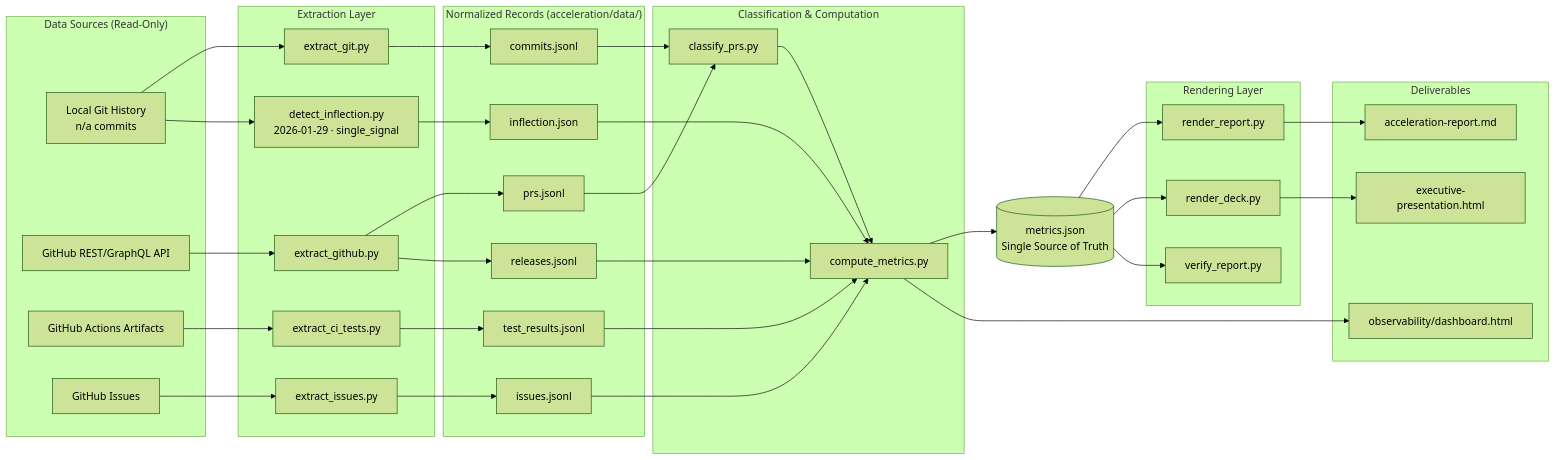
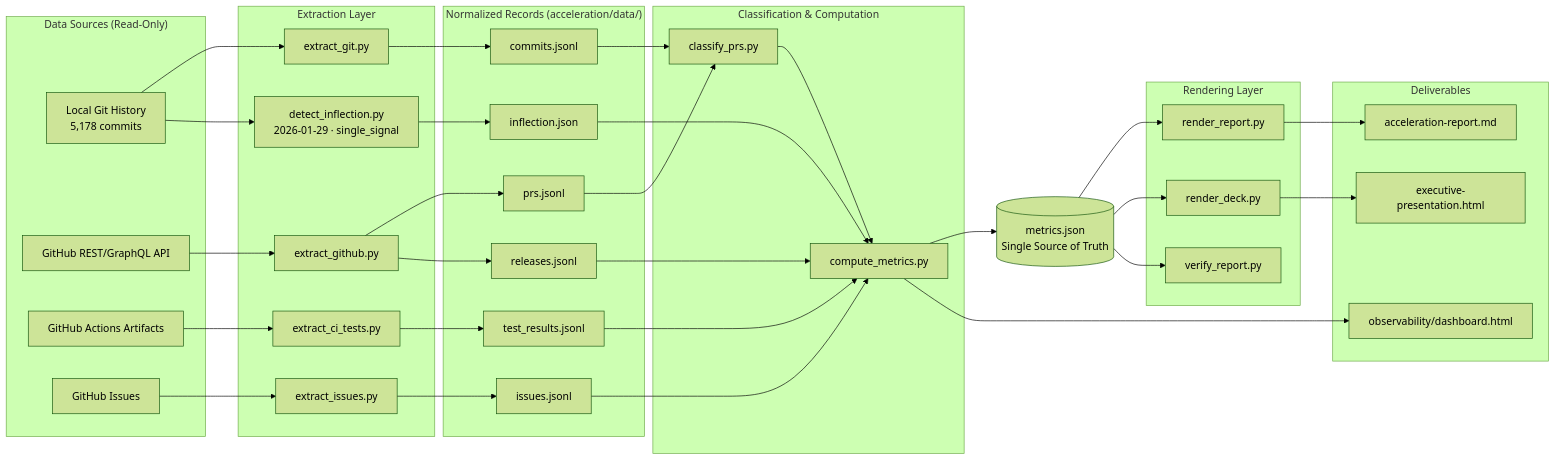
The first of 2 diagrams in acceleration/acceleration-report.md (Blitzy-Sandbox/blitzy-formbricks), drawn with Mermaid (forest theme) before and after one commit. The commit also changed other lines of this file and 46 other files, not shown here.

```diff
--- a/acceleration/acceleration-report.md
+++ b/acceleration/acceleration-report.md
@@ -116,7 +116,7 @@
 %%   1920x1080 viewport and is NOT rendered from this template.
 %% ---
 %% TOKENS (UPPER_SNAKE_CASE; renderer substitutes each occurrence below)
-%%   n/a      — Total commit count on main at HEAD with optional
+%%   5,178      — Total commit count on main at HEAD with optional
 %%                           thousands separator. Read from
 %%                           run_manifest.json (captured by
 %%                           `git rev-list --count HEAD`). Shape: an
@@ -198,7 +198,7 @@
 %% =============================================================================
 flowchart LR
     subgraph DataSources["Data Sources (Read-Only)"]
-        Git["Local Git History<br/>n/a commits"]
+        Git["Local Git History<br/>5,178 commits"]
         GHAPI["GitHub REST/GraphQL API"]
         GHActions["GitHub Actions Artifacts"]
         GHIssues["GitHub Issues"]
```
